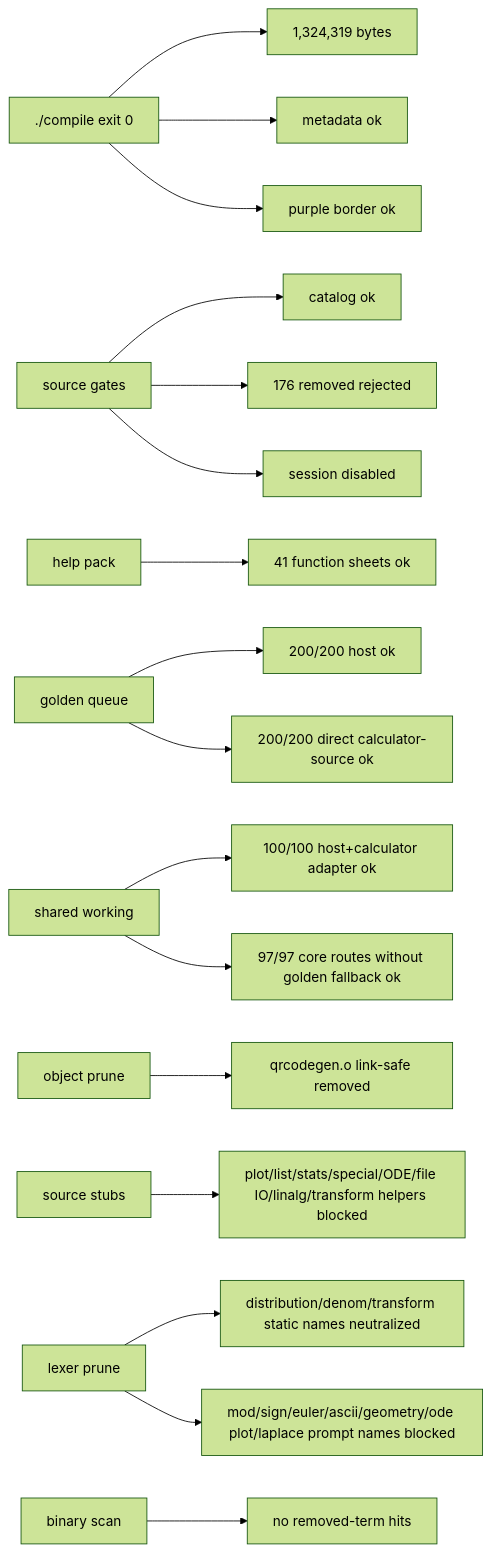
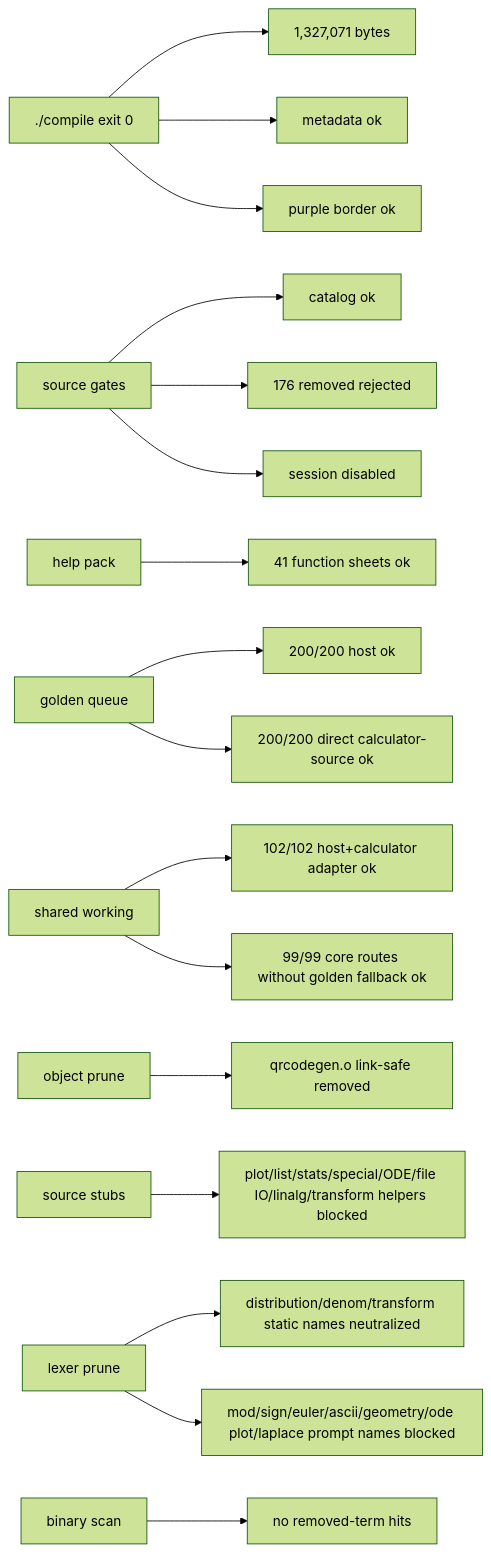
Before and after one commit to james8464/notes-addin-casio-fx-cg50: the seventh of 7 diagrams in docs/GRAPH.md, drawn with Mermaid (forest theme). The commit also changed other lines of this file and 4 other files, not shown here.

````diff
--- a/docs/GRAPH.md
+++ b/docs/GRAPH.md
@@ -145,19 +146,19 @@
 ```mermaid
 graph LR
-  Build["./compile exit 0"] --> Size["1,324,319 bytes"]
+  Build["./compile exit 0"] --> Size["1,327,071 bytes"]
   Build --> Meta["metadata ok"]
   Build --> Border["purple border ok"]
   Source["source gates"] --> Catalog["catalog ok"]
   Source --> Removed["176 removed rejected"]
   Source --> Session["session disabled"]
   Help["help pack"] --> HelpQ["41 function sheets ok"]
   Queue["golden queue"] --> QueueRun["200/200 host ok"]
   Queue --> GoldenRun["200/200 direct calculator-source ok"]
-  Shared["shared working"] --> SharedRun["100/100 host+calculator adapter ok"]
-  Shared --> CoreRun["97/97 core routes without golden fallback ok"]
+  Shared["shared working"] --> SharedRun["102/102 host+calculator adapter ok"]
+  Shared --> CoreRun["99/99 core routes without golden fallback ok"]
   Obj["object prune"] --> QR["qrcodegen.o link-safe removed"]
   Macro["source stubs"] --> Stubbed["plot/list/stats/special/ODE/file IO/linalg/transform helpers blocked"]
   Static["lexer prune"] --> StaticRun["distribution/denom/transform static names neutralized"]
   Static --> PromptRun["mod/sign/euler/ascii/geometry/ode plot/laplace prompt names blocked"]
   Bin["binary scan"] --> NoLeak["no removed-term hits"]
 ```
````
